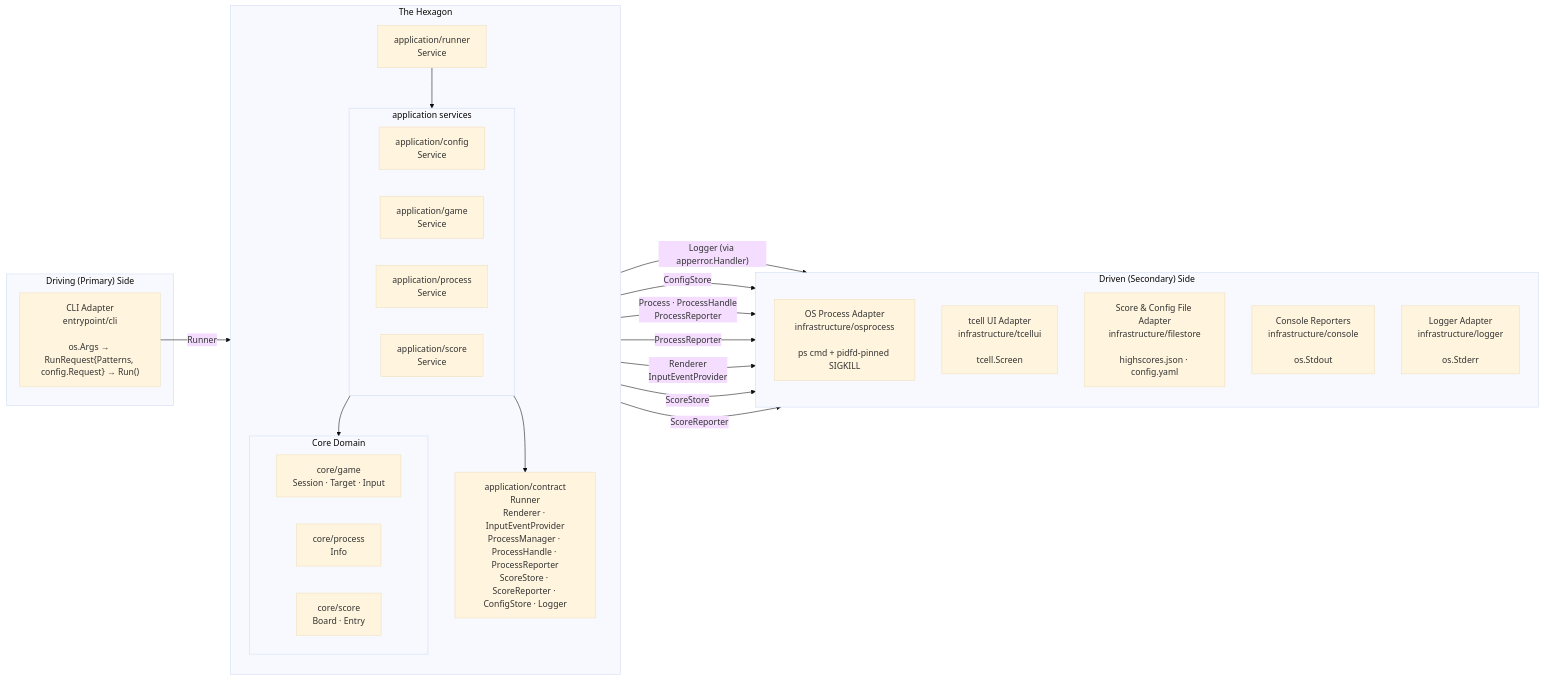
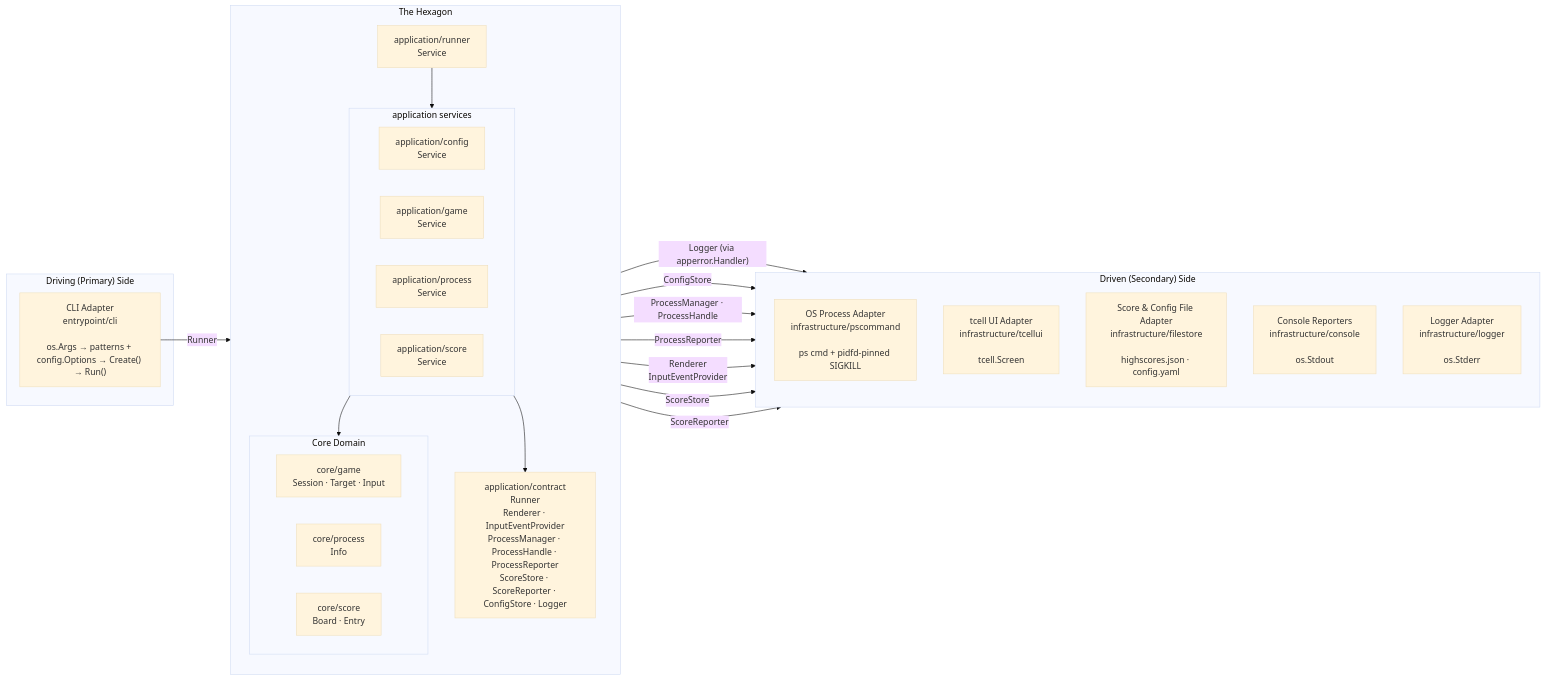
The first of 2 diagrams in docs/hexagonal-arc.md (eirikur-ari/pidshooter), drawn with Mermaid (base theme) before and after one commit. The commit also changed other lines of this file and 2 other files, not shown here.

````diff
--- a/docs/hexagonal-arc.md
+++ b/docs/hexagonal-arc.md
@@ -126,46 +129,46 @@
 ```mermaid
 flowchart LR
     subgraph Driving["Driving (Primary) Side"]
-        CLI["CLI Adapter\nentrypoint/cli\n\nos.Args → RunRequest{Patterns, config.Request} → Run()"]
+        CLI["CLI Adapter\nentrypoint/cli\n\nos.Args → patterns + config.Options → Create() → Run()"]
     end
 
     subgraph Hexagon["The Hexagon"]
         direction TB
         App["application/runner\nService"]
         subgraph AppServices["application services"]
             direction LR
             ConfigSvc["application/config\nService"]
             GameSvc["application/game\nService"]
             ProcSvc["application/process\nService"]
             ScoreSvc["application/score\nService"]
         end
         Contracts["application/contract\nRunner\nRenderer · InputEventProvider\nProcessManager · ProcessHandle · ProcessReporter\nScoreStore · ScoreReporter · ConfigStore · Logger"]
         subgraph Core["Core Domain"]
             direction LR
             DGame["core/game\nSession · Target · Input"]
             DProc["core/process\nInfo"]
             DScore["core/score\nBoard · Entry"]
         end
         App --> AppServices
         AppServices --> Contracts
         AppServices --> Core
     end
 
     subgraph Driven["Driven (Secondary) Side"]
         direction TB
-        OSProc["OS Process Adapter\ninfrastructure/osprocess\n\nps cmd + pidfd-pinned SIGKILL"]
+        PsCommand["OS Process Adapter\ninfrastructure/pscommand\n\nps cmd + pidfd-pinned SIGKILL"]
         TcellUI["tcell UI Adapter\ninfrastructure/tcellui\n\ntcell.Screen"]
         FileStore["Score & Config File Adapter\ninfrastructure/filestore\n\nhighscores.json · config.yaml"]
         Console["Console Reporters\ninfrastructure/console\n\nos.Stdout"]
         LoggerAdapter["Logger Adapter\ninfrastructure/logger\n\nos.Stderr"]
     end
 
     CLI -- "Runner" --> App
     App -- "Logger (via apperror.Handler)" --> LoggerAdapter
     ConfigSvc -- "ConfigStore" --> FileStore
-    ProcSvc -- "Process · ProcessHandle\nProcessReporter" --> OSProc
+    ProcSvc -- "ProcessManager · ProcessHandle" --> PsCommand
     ProcSvc -- "ProcessReporter" --> Console
     GameSvc -- "Renderer\nInputEventProvider" --> TcellUI
     ScoreSvc -- "ScoreStore" --> FileStore
     ScoreSvc -- "ScoreReporter" --> Console
 ```
````
